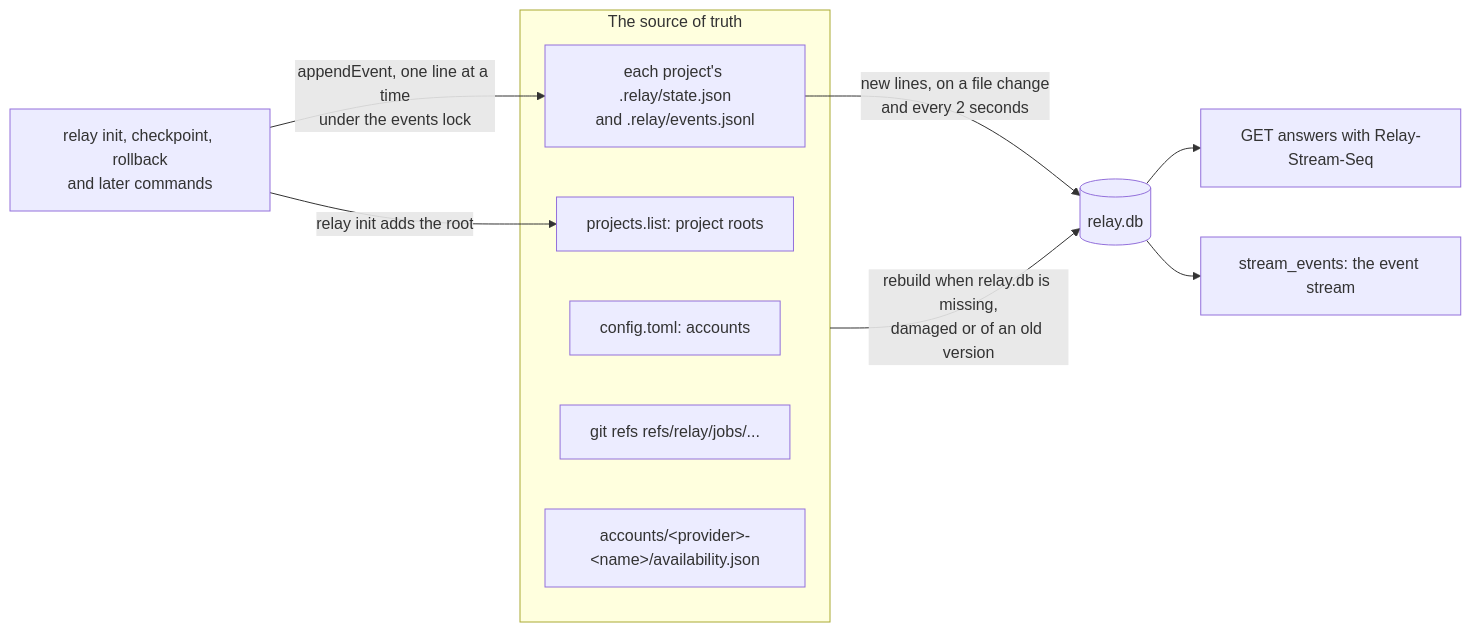
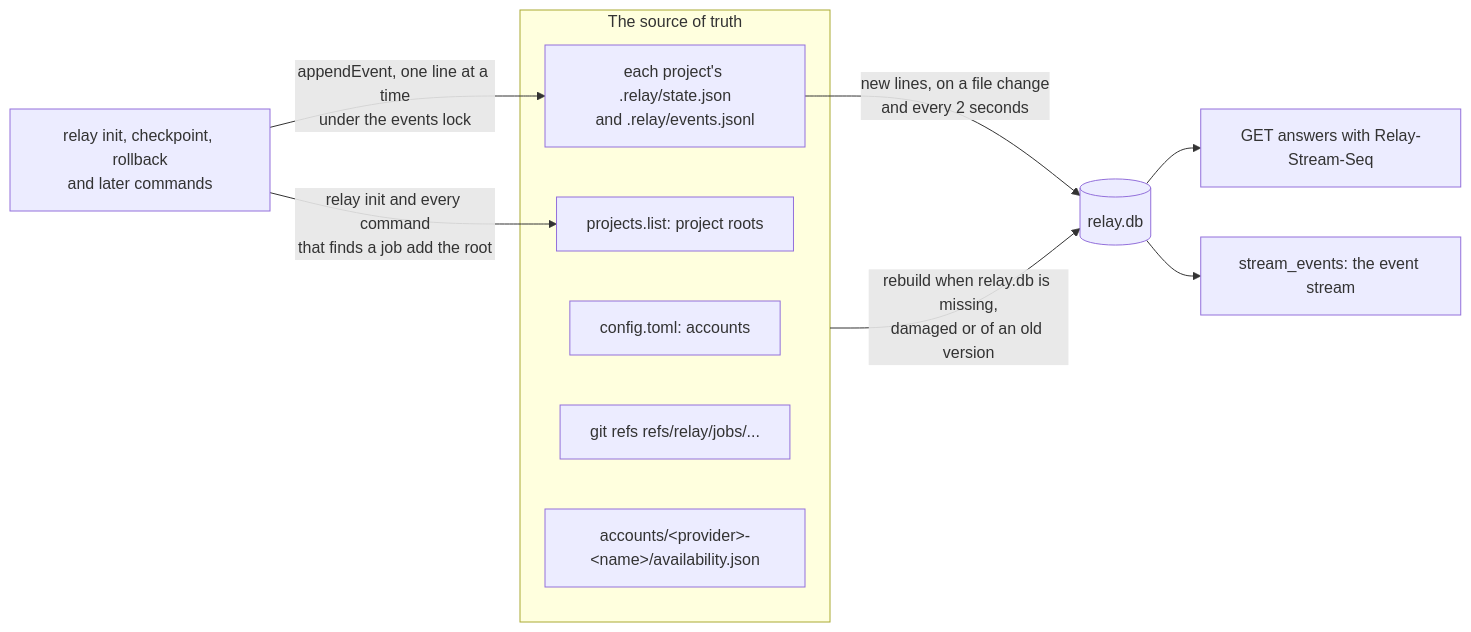
Before and after one commit to FrejusGdm/relay: the third of 3 diagrams in docs/daemon.md, drawn with Mermaid. The commit also changed other lines of this file and 18 other files, not shown here.

````diff
--- a/docs/daemon.md
+++ b/docs/daemon.md
@@ -177,16 +177,16 @@
 ```mermaid
 flowchart LR
   subgraph files["The source of truth"]
     config["config.toml: accounts"]
     list["projects.list: project roots"]
     relayfiles["each project's .relay/state.json<br/>and .relay/events.jsonl"]
     refs["git refs refs/relay/jobs/..."]
     avail["accounts/&lt;provider&gt;-&lt;name&gt;/availability.json"]
   end
   writers["relay init, checkpoint, rollback<br/>and later commands"] -->|"appendEvent, one line at a time<br/>under the events lock"| relayfiles
-  writers -->|"relay init adds the root"| list
+  writers -->|"relay init and every command<br/>that finds a job add the root"| list
   files -->|"rebuild when relay.db is missing,<br/>damaged or of an old version"| db[("relay.db")]
   relayfiles -->|"new lines, on a file change<br/>and every 2 seconds"| db
   db --> api["GET answers with Relay-Stream-Seq"]
   db --> stream["stream_events: the event stream"]
 ```
````
